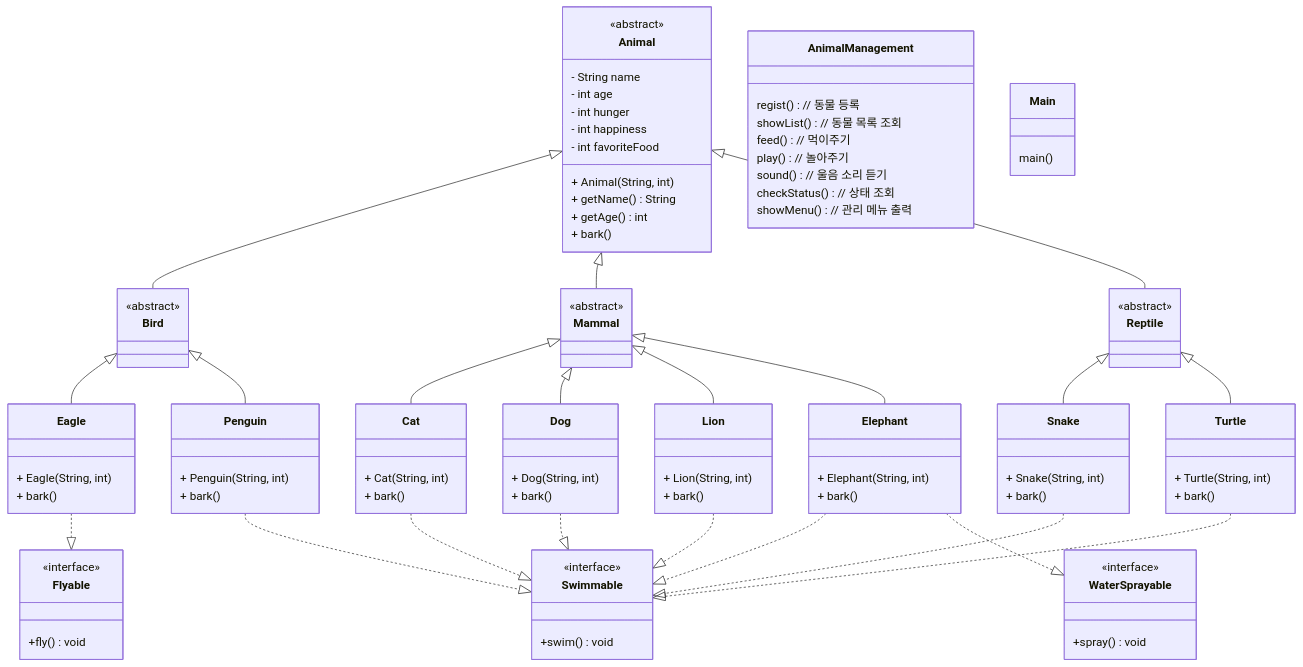
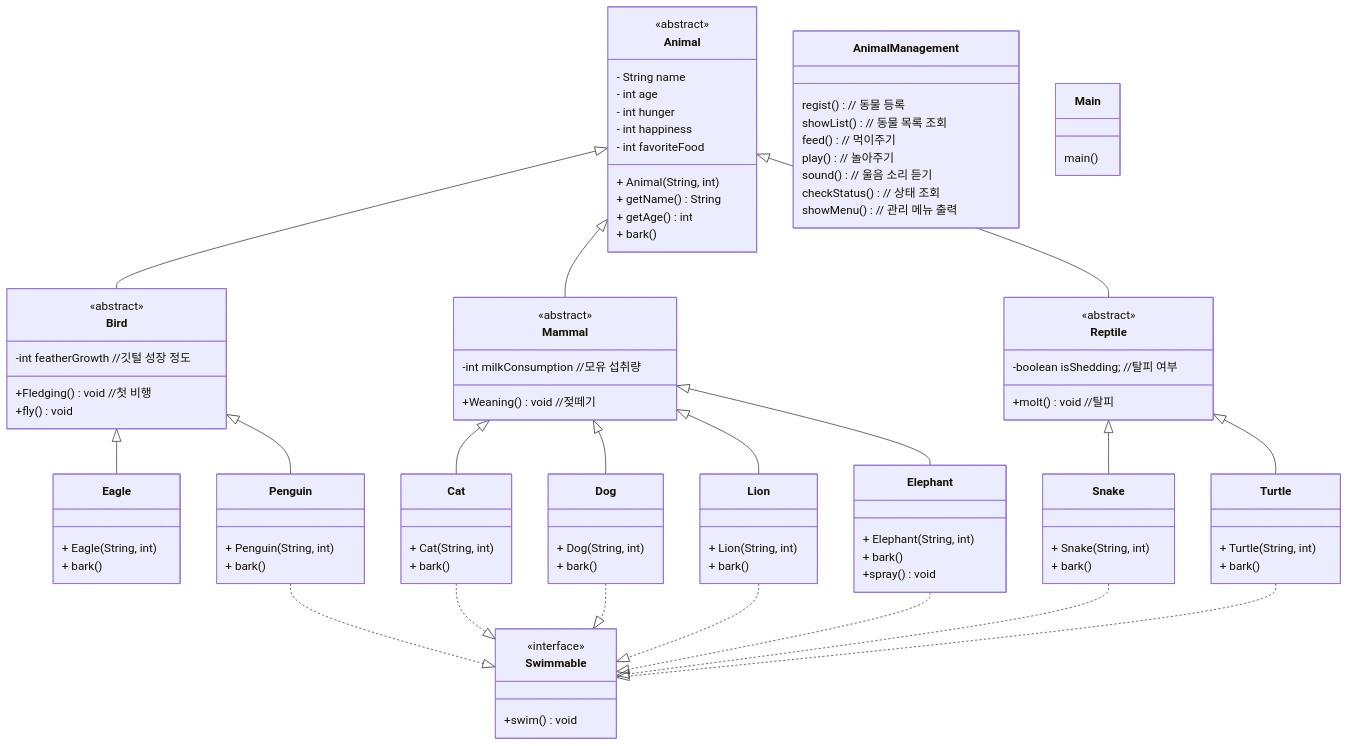
The diagram in README.md (foresty110/AnimalManager), drawn with Mermaid before and after one commit.

Commit message:
docs : Update README.md

````diff
--- a/README.md
+++ b/README.md
@@ -19,18 +19,21 @@
 
 class Bird {
 	<<abstract>>
+	-int featherGrowth //깃털 성장 정도
+	+Fledging() void //첫 비행
+	+fly() void
 }
 
 class Mammal {
 	<<abstract>>
+	-int milkConsumption //모유 섭취량
+	+Weaning() void //젖떼기
 }
+
 class Reptile {
 	<<abstract>>
-}
-
-class Flyable {
-	<<interface>>
-	+fly() void
+	-boolean isShedding; //탈피 여부
+	+molt() void //탈피
 }
 
 class Swimmable {
@@ -38,10 +41,6 @@
 	+swim() void
 }
 
-class WaterSprayable {
-	<<interface>>
-	+spray() void
-}
 
 class Eagle {
   + Eagle(String, int)
@@ -61,6 +60,7 @@
 class Elephant {
   + Elephant(String, int)
   + bark()
+  +spray() void
 }
 
 class Snake {
@@ -112,8 +112,6 @@
 Reptile <|-- Snake
 Reptile <|-- Turtle
 
-Eagle ..|> Flyable
-
 Penguin ..|> Swimmable
 Cat ..|> Swimmable
 Dog ..|> Swimmable
@@ -122,5 +120,4 @@
 Snake ..|> Swimmable
 Turtle ..|> Swimmable
 
-Elephant ..|> WaterSprayable
 ```
````
